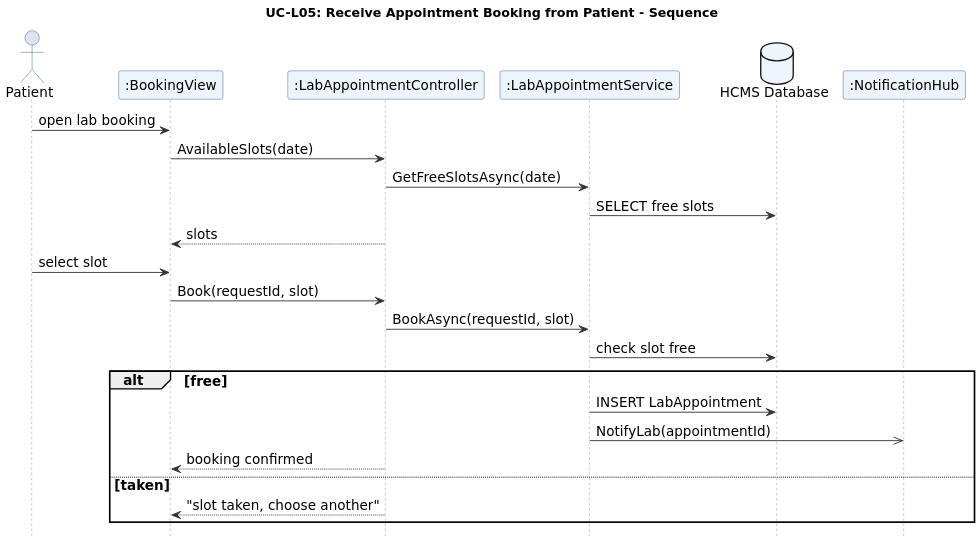
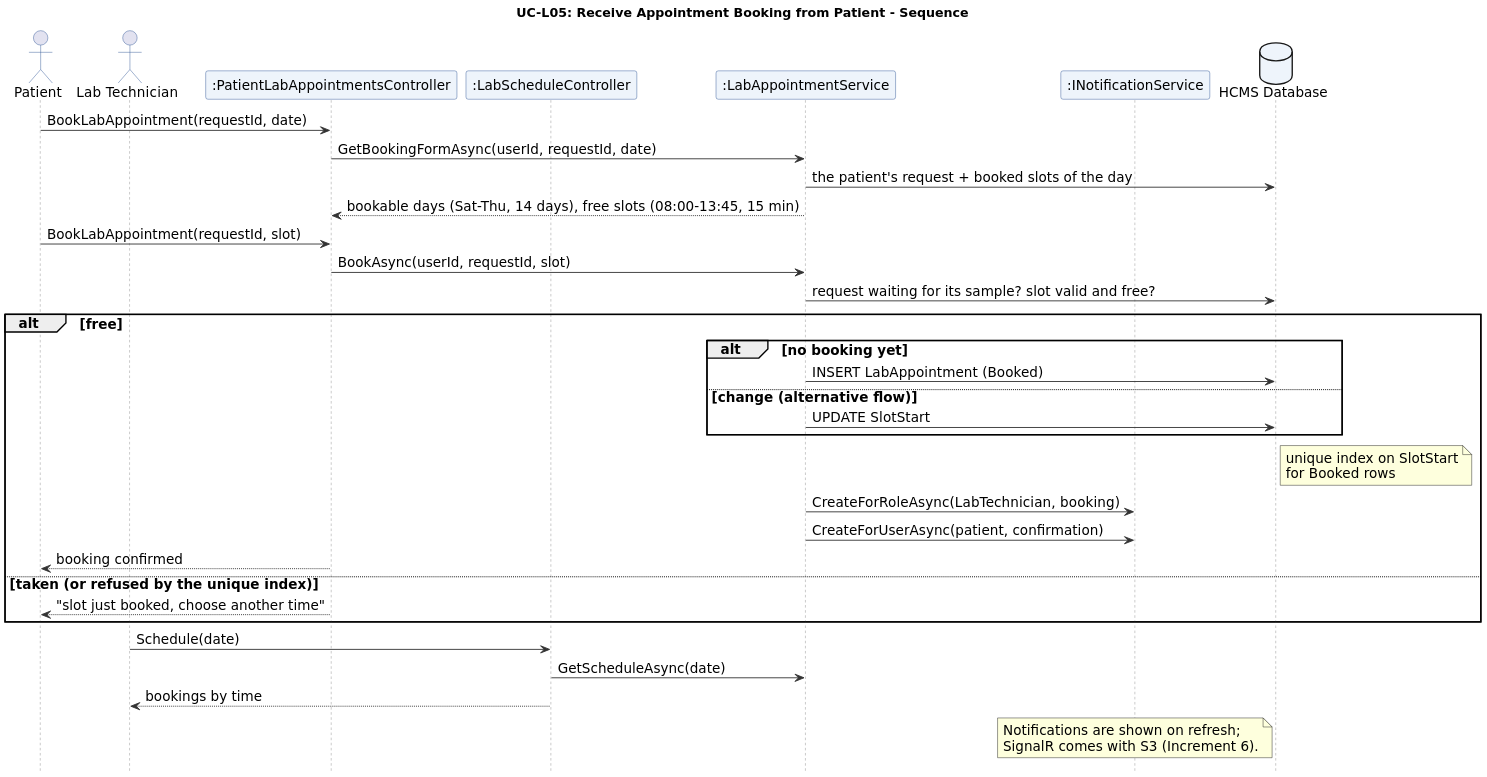
Before and after one commit to aymansl/HCMS: the diagram in docs/diagrams/UC-L05_seq.puml, drawn with PlantUML. The commit also changed 29 other files, not shown here.

Commit message:
feat(lab): receive lab appointment booking from patient (L5)

```diff
--- a/docs/diagrams/UC-L05_seq.puml
+++ b/docs/diagrams/UC-L05_seq.puml
@@ -1,47 +1,56 @@
 @startuml
 skinparam dpi 170
 skinparam shadowing false
 skinparam defaultFontName DejaVu Sans
 skinparam defaultFontSize 12
 skinparam ArrowColor #333333
 skinparam ActivityBackgroundColor #EEF4FB
 skinparam ActivityBorderColor #2F5597
 skinparam ActivityDiamondBackgroundColor #FFF7E0
 skinparam SwimlaneTitleFontStyle bold
 skinparam ParticipantBackgroundColor #EEF4FB
 skinparam ParticipantBorderColor #2F5597
 skinparam SequenceLifeLineBorderColor #888888
 skinparam UsecaseBackgroundColor #EEF4FB
 skinparam UsecaseBorderColor #2F5597
 skinparam ActorBorderColor #2F5597
 skinparam DatabaseBackgroundColor #EEF4FB
 skinparam SequenceGroupHeaderFontStyle bold
 title UC-L05: Receive Appointment Booking from Patient - Sequence
 skinparam defaultFontSize 15
 skinparam ParticipantFontSize 15
 skinparam ActorFontSize 15
 skinparam DatabaseFontSize 15
 hide footbox
 actor Patient as P
-participant ":BookingView" as V
-participant ":LabAppointmentController" as C
+actor "Lab Technician" as U
+participant ":PatientLabAppointmentsController" as C
+participant ":LabScheduleController" as LC
 participant ":LabAppointmentService" as S
+participant ":INotificationService" as N
 database "HCMS Database" as DB
-participant ":NotificationHub" as H
-P -> V : open lab booking
-V -> C : AvailableSlots(date)
-C -> S : GetFreeSlotsAsync(date)
-S -> DB : SELECT free slots
-C --> V : slots
-P -> V : select slot
-V -> C : Book(requestId, slot)
-C -> S : BookAsync(requestId, slot)
-S -> DB : check slot free
+P -> C : BookLabAppointment(requestId, date)
+C -> S : GetBookingFormAsync(userId, requestId, date)
+S -> DB : the patient's request + booked slots of the day
+S --> C : bookable days (Sat-Thu, 14 days), free slots (08:00-13:45, 15 min)
+P -> C : BookLabAppointment(requestId, slot)
+C -> S : BookAsync(userId, requestId, slot)
+S -> DB : request waiting for its sample? slot valid and free?
 alt free
-  S -> DB : INSERT LabAppointment
-  S ->> H : NotifyLab(appointmentId)
-  C --> V : booking confirmed
-else taken
-  C --> V : "slot taken, choose another"
+  alt no booking yet
+    S -> DB : INSERT LabAppointment (Booked)
+  else change (alternative flow)
+    S -> DB : UPDATE SlotStart
+  end
+  note right of DB : unique index on SlotStart\nfor Booked rows
+  S -> N : CreateForRoleAsync(LabTechnician, booking)
+  S -> N : CreateForUserAsync(patient, confirmation)
+  C --> P : booking confirmed
+else taken (or refused by the unique index)
+  C --> P : "slot just booked, choose another time"
 end
+U -> LC : Schedule(date)
+LC -> S : GetScheduleAsync(date)
+LC --> U : bookings by time
+note over N : Notifications are shown on refresh;\nSignalR comes with S3 (Increment 6).
 @enduml
```
